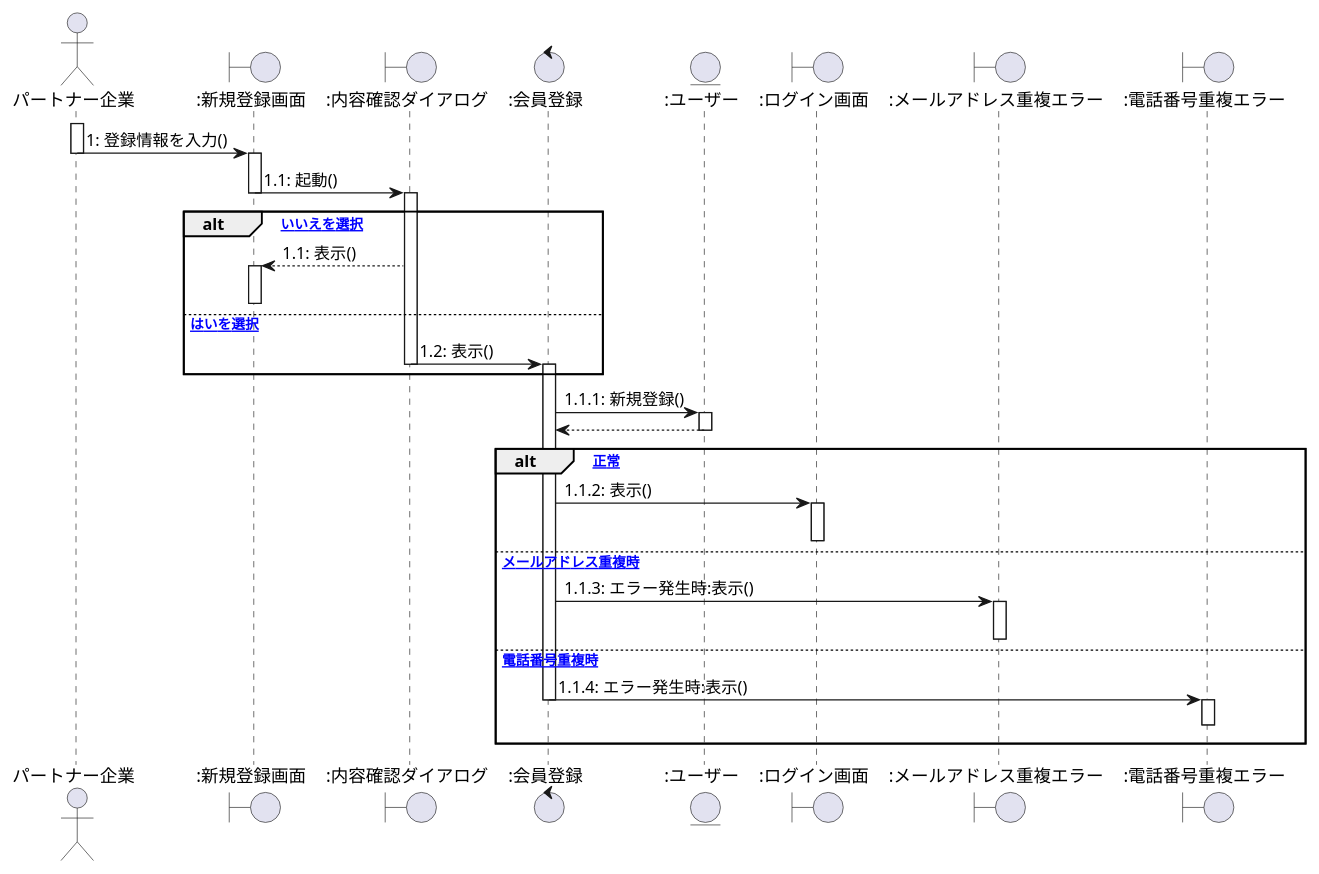
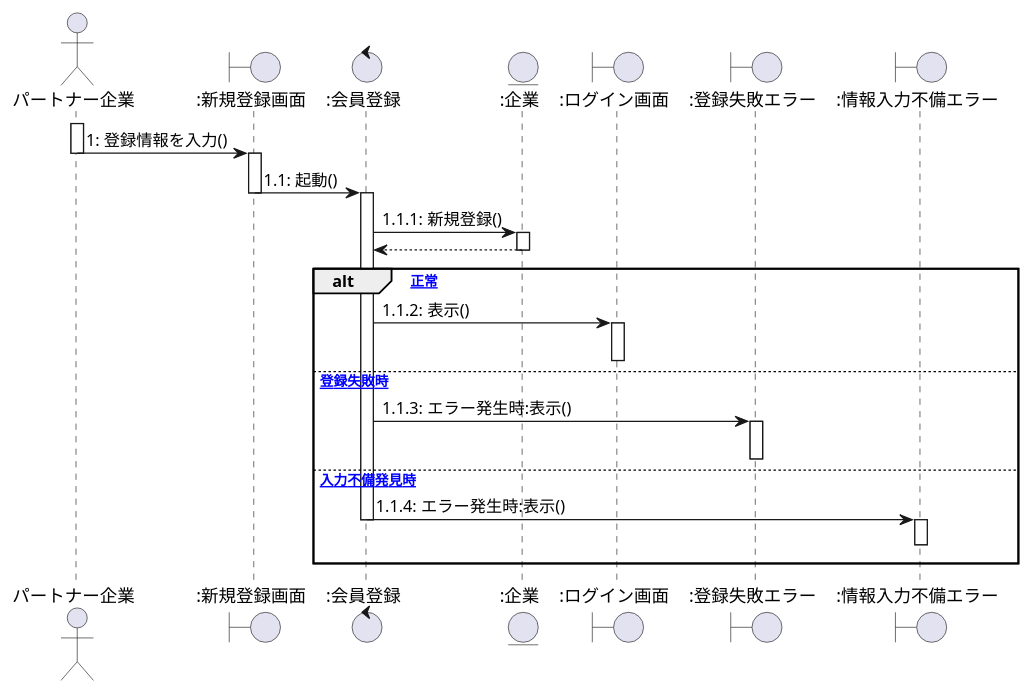
Before and after one commit to ksw2270227/GroupF: the first of 10 diagrams in client_sequence.plantuml, drawn with PlantUML. The commit also changed other lines of this file and 1 other file, not shown here.

```diff
--- a/client_sequence.plantuml
+++ b/client_sequence.plantuml
@@ -1,62 +1,43 @@
 @startuml 新規登録
-
 
 actor パートナー企業 as 0
 Boundary ":新規登録画面" as a
-Boundary ":内容確認ダイアログ" as a1
 Control ":会員登録" as b
-Entity ":ユーザー" as c
+Entity ":企業" as c
 Boundary ":ログイン画面" as d
-Boundary ":メールアドレス重複エラー" as e
-Boundary ":電話番号重複エラー" as f
+Boundary ":登録失敗エラー" as e
+Boundary ":情報入力不備エラー" as f
+
 
 activate 0
     0 -> a :1: 登録情報を入力()
 deactivate 0
 
 activate a
-    a -> a1 :1.1: 起動()
+    a -> b :1.1: 起動()
 deactivate a
-activate a1
 
-
-alt [いいえを選択]
-
-    a1 --> a :1.1: 表示()
-activate a
-deactivate a
-else [はいを選択]
-
-    a1 -> b :1.2: 表示()
-
-deactivate a1
 activate b
-
-end
-
-
     b -> c :1.1.1: 新規登録()
-
 activate c
     b <-- c
 deactivate c
 
 alt [正常]
     b -> d :1.1.2: 表示()
 activate d
 deactivate d
-else [メールアドレス重複時]
+else [登録失敗時]
     b -> e :1.1.3: エラー発生時:表示()
 activate e
 deactivate e
-else [電話番号重複時]
+else [入力不備発見時]
     b -> f :1.1.4: エラー発生時:表示()
 deactivate b
 activate f
 f -[hidden]-> f
 deactivate f
-
 end
 
 
 @enduml
```
